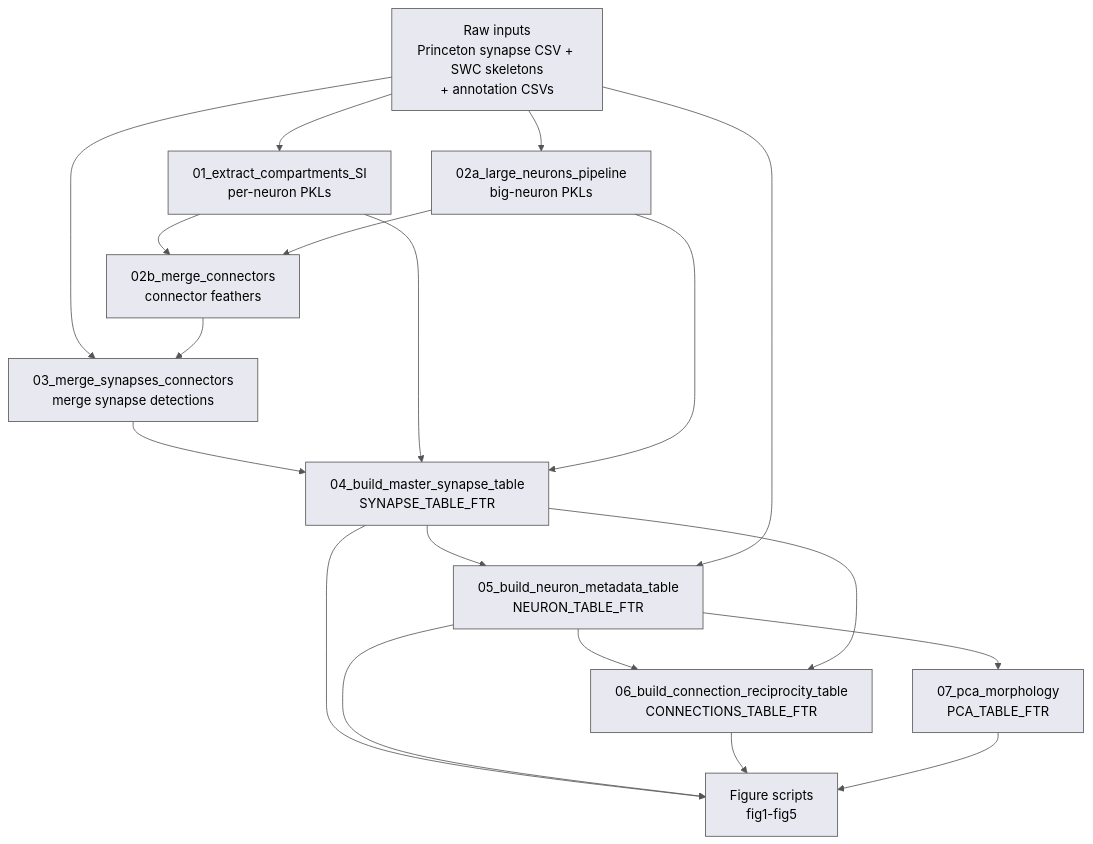
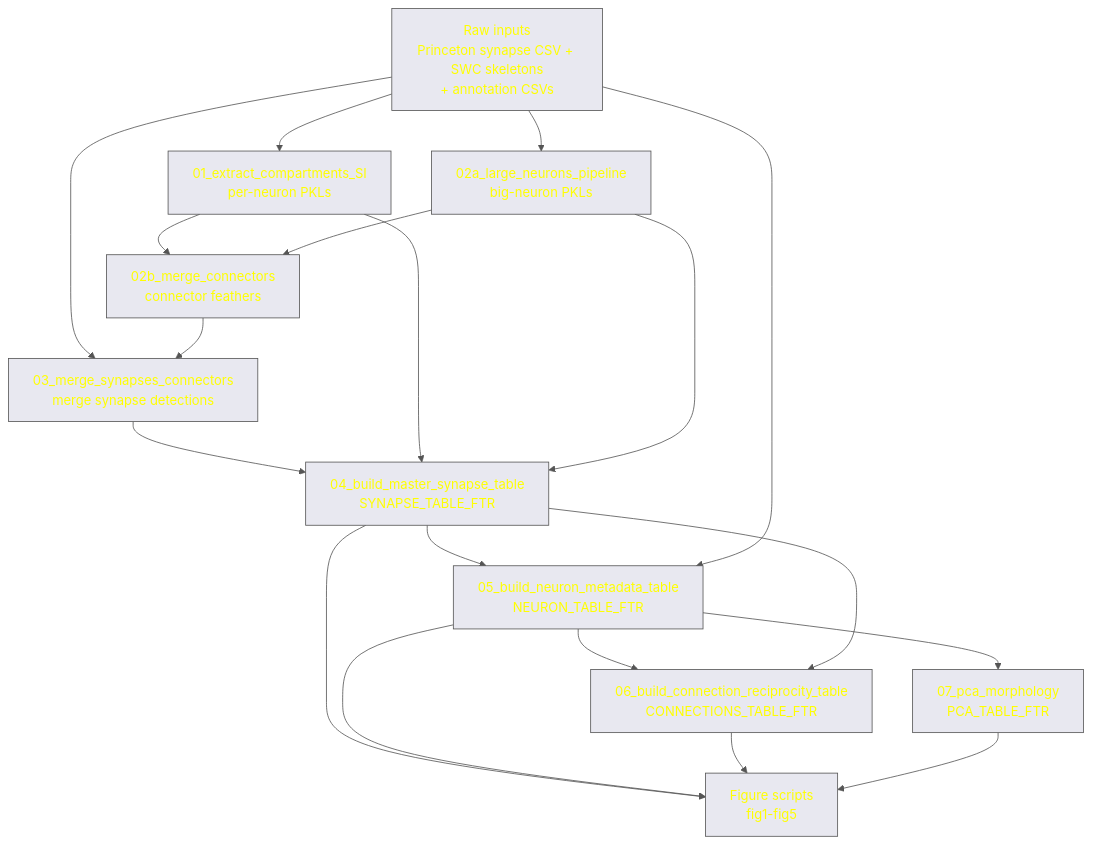
Before and after one commit to deutschlab/mixed-polarity-paper: the diagram in docs/pipeline_overview.md, drawn with Mermaid.

Commit message:
Set Mermaid diagram text to yellow

````diff
--- a/docs/pipeline_overview.md
+++ b/docs/pipeline_overview.md
@@ -14,33 +14,33 @@
 ```mermaid
-%%{init: {'theme': 'base', 'themeVariables': {'primaryColor': '#e8e8f0', 'primaryTextColor': '#000000', 'primaryBorderColor': '#555555', 'lineColor': '#555555'}}}%%
+%%{init: {'theme': 'base', 'themeVariables': {'primaryColor': '#e8e8f0', 'primaryTextColor': '#ffff00', 'primaryBorderColor': '#555555', 'lineColor': '#555555'}}}%%
 flowchart TD
     RAW["Raw inputs\nPrinceton synapse CSV + SWC skeletons\n+ annotation CSVs"]
     S01["01_extract_compartments_SI\nper-neuron PKLs"]
     S02A["02a_large_neurons_pipeline\nbig-neuron PKLs"]
     S02B["02b_merge_connectors\nconnector feathers"]
     S03["03_merge_synapses_connectors\nmerge synapse detections"]
     S04["04_build_master_synapse_table\nSYNAPSE_TABLE_FTR"]
     S05["05_build_neuron_metadata_table\nNEURON_TABLE_FTR"]
     S06["06_build_connection_reciprocity_table\nCONNECTIONS_TABLE_FTR"]
     S07["07_pca_morphology\nPCA_TABLE_FTR"]
     FIGS["Figure scripts\nfig1-fig5"]
 
     RAW --> S01
     RAW --> S02A
     S01 --> S02B
     S02A --> S02B
     RAW --> S03
     S02B --> S03
     S03 --> S04
     S01 --> S04
     S02A --> S04
     S04 --> S05
     RAW --> S05
     S05 --> S06
     S04 --> S06
     S05 --> S07
     S04 --> FIGS
     S05 --> FIGS
     S06 --> FIGS
     S07 --> FIGS
 ```
````
